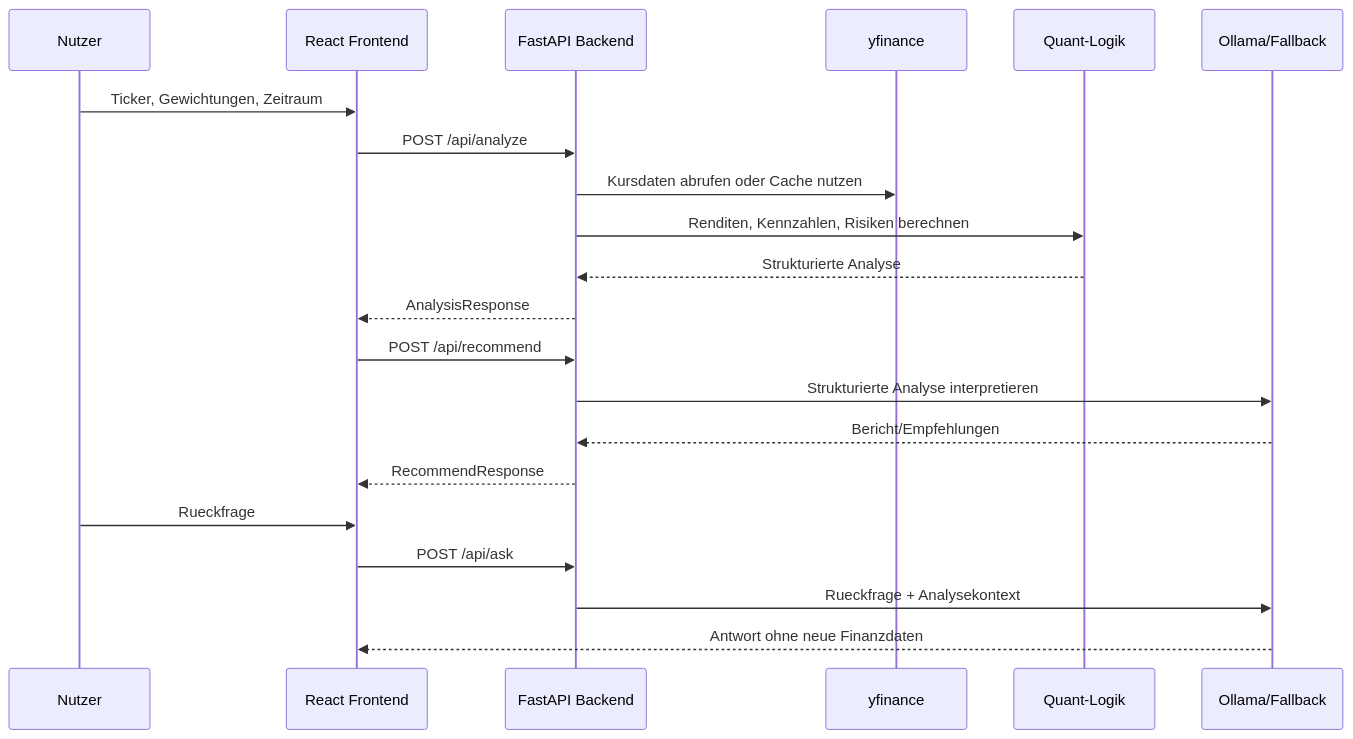
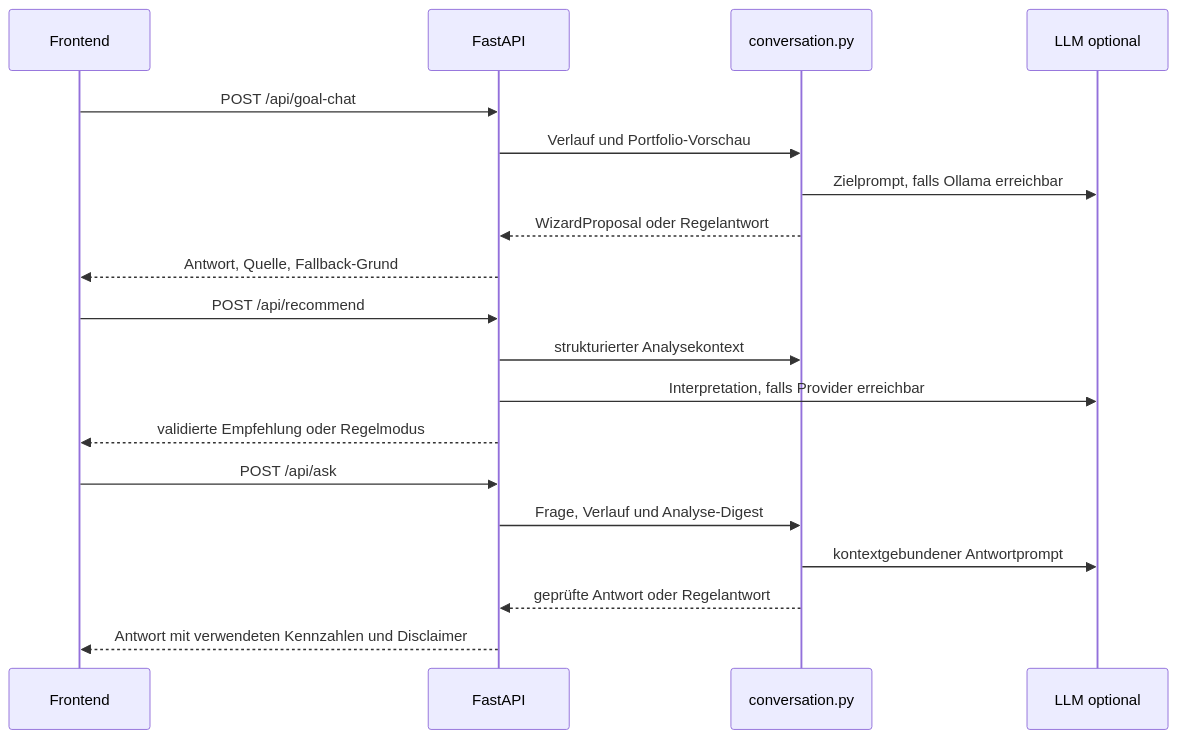
Before and after one commit to SiarNoozai/AQM_Project: the second of 2 diagrams in DATA_FLOW.md, drawn with Mermaid. The commit also changed other lines of this file and 50 other files, not shown here.

Commit message:
feat: finalize portfolio analysis and cloud AI

````diff
--- a/DATA_FLOW.md
+++ b/DATA_FLOW.md
@@ -5,24 +26,24 @@
 ```mermaid
 sequenceDiagram
-  participant U as Nutzer
-  participant F as React Frontend
-  participant B as FastAPI Backend
-  participant Y as yfinance
-  participant Q as Quant-Logik
-  participant L as Ollama/Fallback
+  participant F as Frontend
+  participant B as FastAPI
+  participant C as conversation.py
+  participant L as LLM optional
 
-  U->>F: Ticker, Gewichtungen, Zeitraum
-  F->>B: POST /api/analyze
-  B->>Y: Kursdaten abrufen oder Cache nutzen
-  B->>Q: Renditen, Kennzahlen, Risiken berechnen
-  Q-->>B: Strukturierte Analyse
-  B-->>F: AnalysisResponse
+  F->>B: POST /api/goal-chat
+  B->>C: Verlauf und Portfolio-Vorschau
+  C->>L: Zielprompt, falls Ollama erreichbar
+  C-->>B: WizardProposal oder Regelantwort
+  B-->>F: Antwort, Quelle, Fallback-Grund
+
   F->>B: POST /api/recommend
-  B->>L: Strukturierte Analyse interpretieren
-  L-->>B: Bericht/Empfehlungen
-  B-->>F: RecommendResponse
-  U->>F: Rueckfrage
+  B->>C: strukturierter Analysekontext
+  B->>L: Interpretation, falls Provider erreichbar
+  B-->>F: validierte Empfehlung oder Regelmodus
+
   F->>B: POST /api/ask
-  B->>L: Rueckfrage + Analysekontext
-  L-->>F: Antwort ohne neue Finanzdaten
+  B->>C: Frage, Verlauf und Analyse-Digest
+  C->>L: kontextgebundener Antwortprompt
+  C-->>B: geprüfte Antwort oder Regelantwort
+  B-->>F: Antwort mit verwendeten Kennzahlen und Disclaimer
 ```
````
